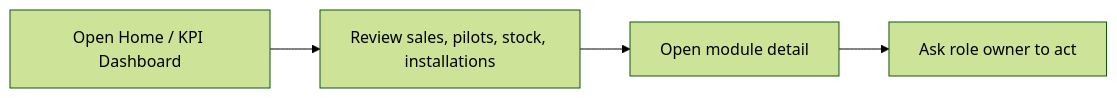
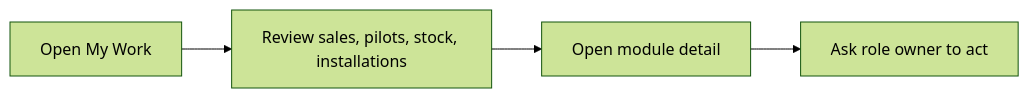
One commit to harsha-jivawater/jiva-farm-os changed the second of 27 diagrams in docs/ROLE_BASED_USAGE_MANUAL.md. Above: the diagram before and after it, drawn with Mermaid (forest theme). The commit also changed other lines of this file and 3 other files, not shown here.

````diff
--- a/docs/ROLE_BASED_USAGE_MANUAL.md
+++ b/docs/ROLE_BASED_USAGE_MANUAL.md
@@ -293,6 +299,6 @@
 ```mermaid
 flowchart LR
-  A["Open Home / KPI Dashboard"] --> B["Review sales, pilots, stock, installations"]
+  A["Open My Work"] --> B["Review sales, pilots, stock, installations"]
   B --> C["Open module detail"]
   C --> D["Ask role owner to act"]
 ```
````
